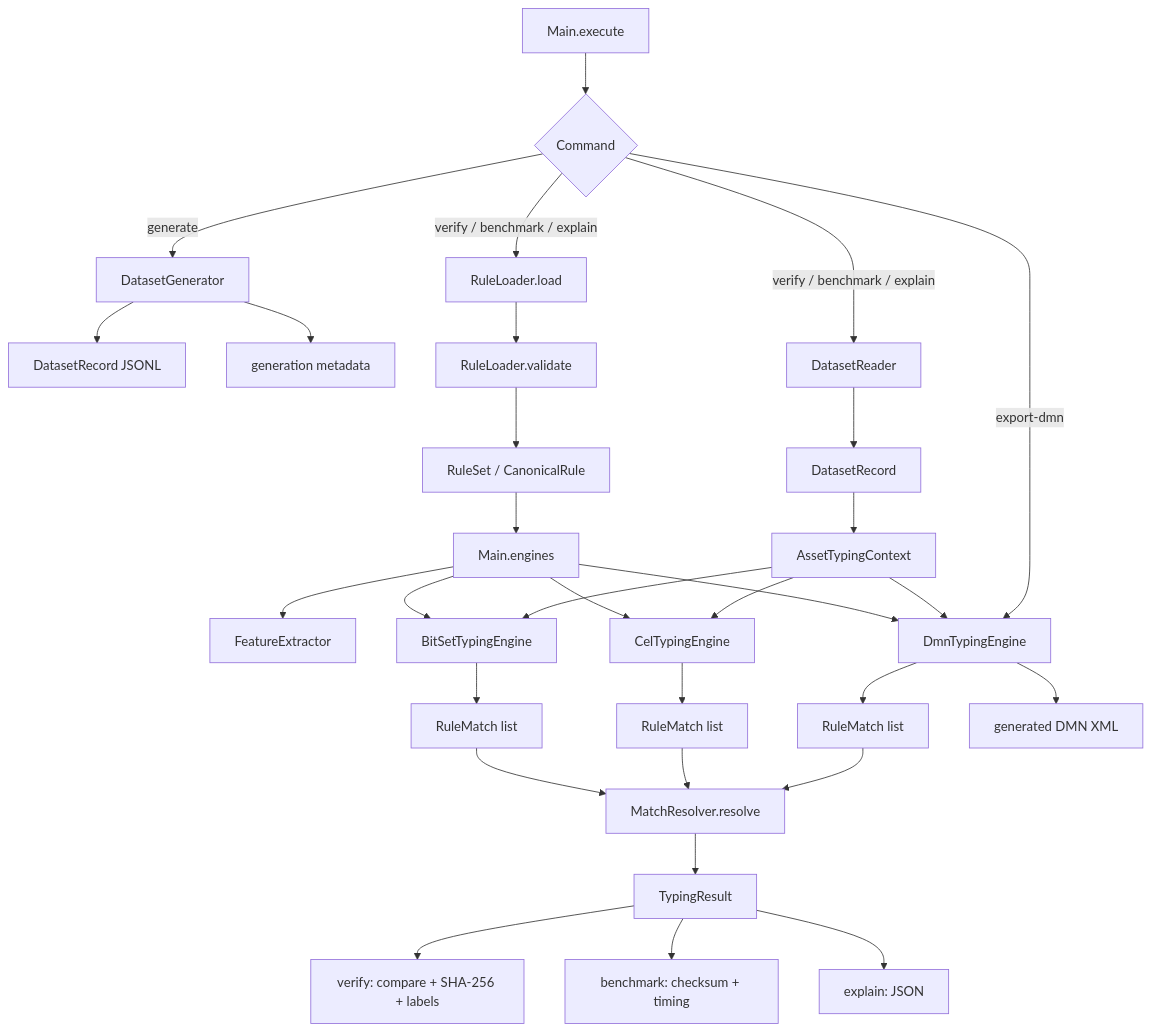
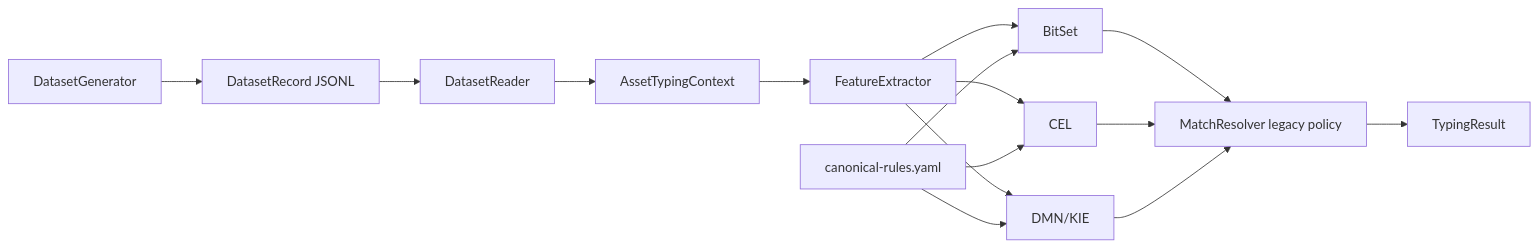
One commit to GAbra/itam-asset-typing-benchmark changed the first of 2 diagrams in docs/IMPLEMENTATION.md. Above: the diagram before and after it, drawn with Mermaid. The commit also changed other lines of this file and 5 other files, not shown here.

Commit message:
Align implementation docs with completed research architecture

````diff
--- a/docs/IMPLEMENTATION.md
+++ b/docs/IMPLEMENTATION.md
@@ -47,31 +71,13 @@
 ```mermaid
-flowchart TD
-    CLI[Main.execute] --> CMD{Command}
-    CMD -->|generate| GEN[DatasetGenerator]
-    GEN --> JSONL[DatasetRecord JSONL]
-    GEN --> META[generation metadata]
-    CMD -->|verify / benchmark / explain| LOAD[RuleLoader.load]
-    LOAD --> VALID[RuleLoader.validate]
-    VALID --> RS[RuleSet / CanonicalRule]
-    RS --> BUILD[Main.engines]
-    BUILD --> FX[FeatureExtractor]
-    BUILD --> B[BitSetTypingEngine]
-    BUILD --> C[CelTypingEngine]
-    BUILD --> D[DmnTypingEngine]
-    CMD -->|verify / benchmark / explain| READ[DatasetReader]
-    READ --> REC[DatasetRecord]
-    REC --> CTX[AssetTypingContext]
-    CTX --> B & C & D
-    B --> RB[RuleMatch list]
-    C --> RC[RuleMatch list]
-    D --> RD[RuleMatch list]
-    RB --> RES[MatchResolver.resolve]
-    RC --> RES
-    RD --> RES
-    RES --> TR[TypingResult]
-    TR --> VERIFY[verify: compare + SHA-256 + labels]
-    TR --> BENCH[benchmark: checksum + timing]
-    TR --> EXPLAIN[explain: JSON]
-    CMD -->|export-dmn| D
-    D --> DMNXML[generated DMN XML]
+flowchart LR
+    G[DatasetGenerator] --> J[DatasetRecord JSONL]
+    J --> R[DatasetReader]
+    R --> C[AssetTypingContext]
+    C --> F[FeatureExtractor]
+    F --> B[BitSet]
+    F --> E[CEL]
+    F --> D[DMN/KIE]
+    Y[canonical-rules.yaml] --> B & E & D
+    B & E & D --> M[MatchResolver legacy policy]
+    M --> O[TypingResult]
 ```
````
